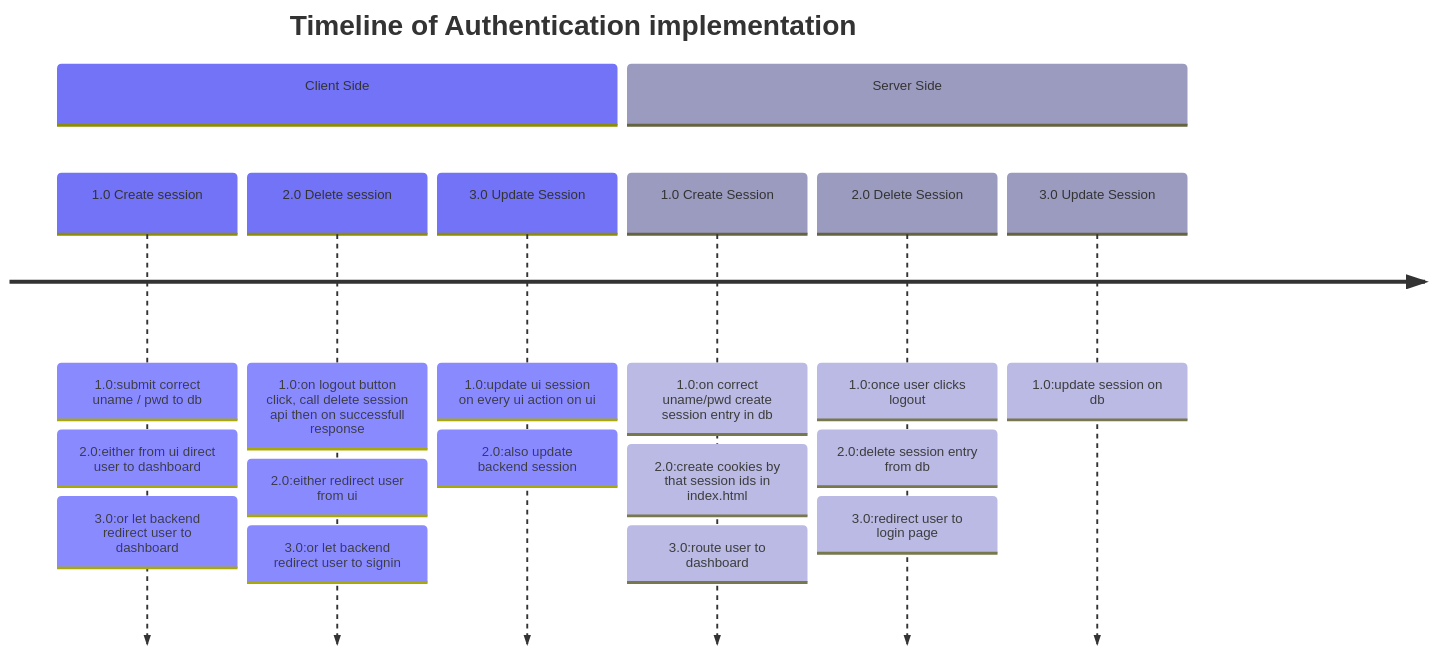
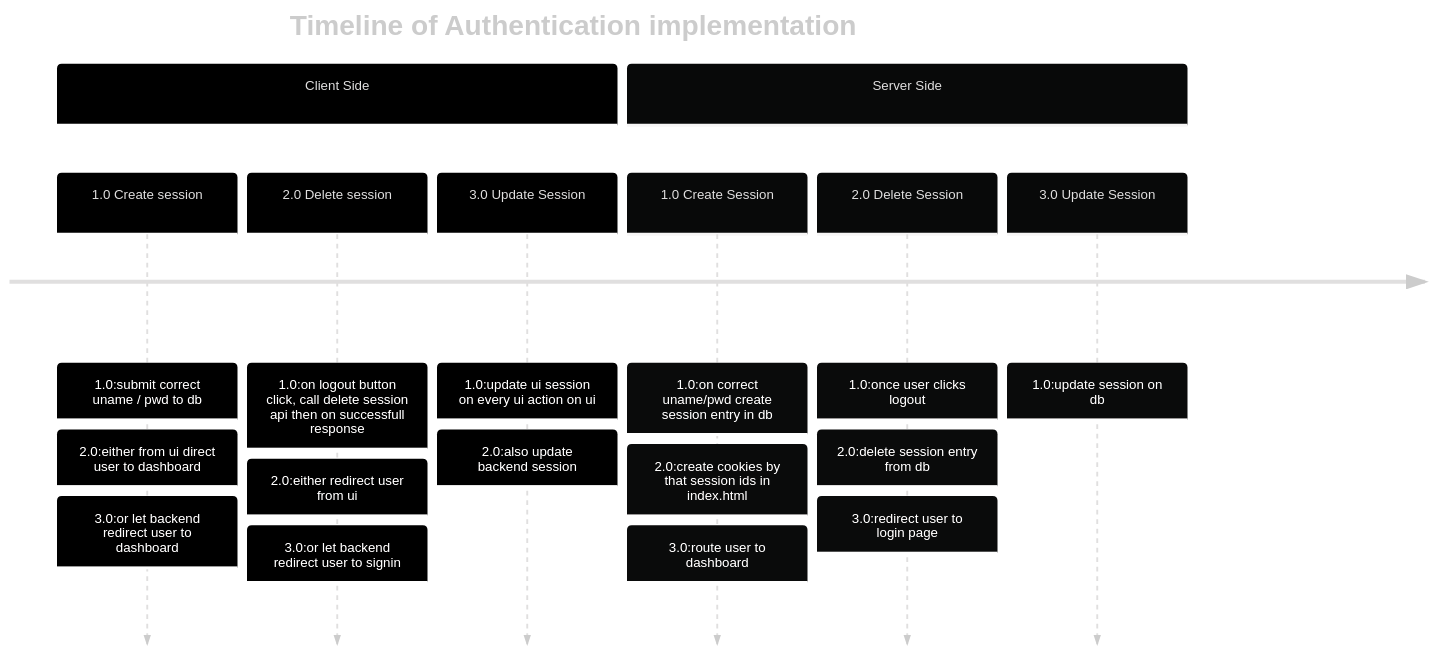
The diagram in ImplementationTimeline.mmd (pawarvijay/Authentication-), drawn with Mermaid before and after one commit.

```diff
--- a/ImplementationTimeline.mmd
+++ b/ImplementationTimeline.mmd
@@ -1,14 +1,14 @@
 ---
 config:
-  theme: neo
+  theme: neo-dark
 ---
 timeline
     title Timeline of Authentication implementation
     section Client Side
         1.0 Create session : 1.0:submit correct uname / pwd to db : 2.0:either from ui direct user to dashboard : 3.0:or let backend redirect user to dashboard
         2.0 Delete session : 1.0:on logout button click, call delete session api then on successfull response : 2.0:either redirect user from ui : 3.0:or let backend redirect user to signin  
         3.0 Update Session : 1.0:update ui session on every ui action on ui : 2.0:also update backend session
     section Server Side
         1.0 Create Session : 1.0:on correct uname/pwd create session entry in db : 2.0:create cookies by that session ids in index.html : 3.0:route user to dashboard
         2.0 Delete Session : 1.0:once user clicks logout : 2.0:delete session entry from db : 3.0:redirect user to login page
         3.0 Update Session : 1.0:update session on db
```
